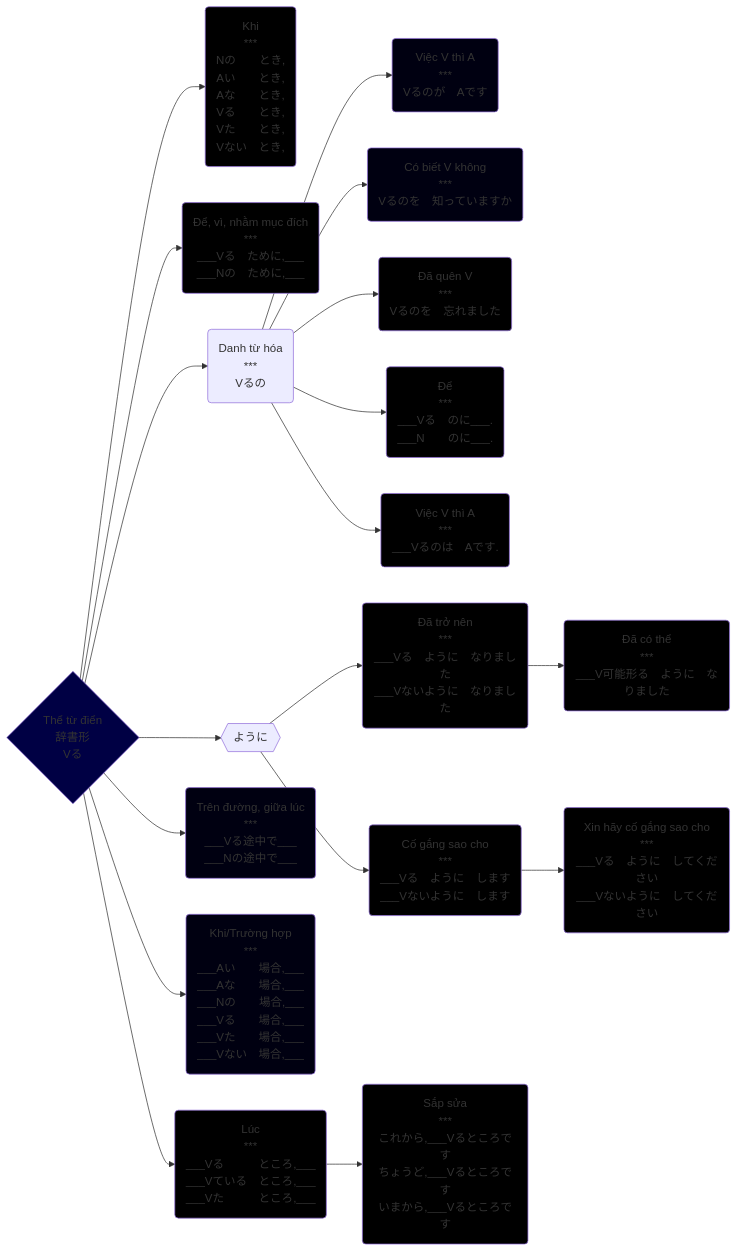
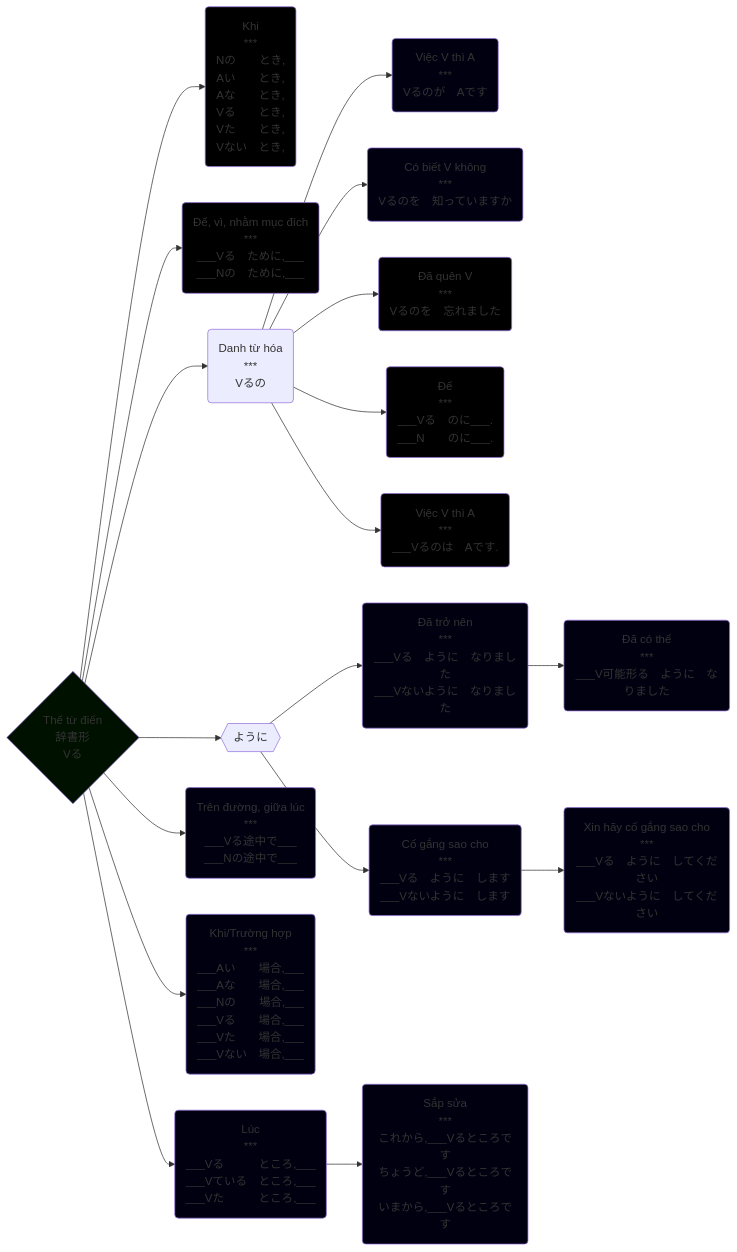
Before and after one commit to tea1504/learn: the diagram in The/辞書形.md, drawn with Mermaid. The commit also changed 10 other files, not shown here.

````diff
--- a/The/辞書形.md
+++ b/The/辞書形.md
@@ -2,39 +2,39 @@
 ```mermaid
 graph LR;
     V{Thể từ điển\n辞書形\nVる}
 
     V-->khi(Khi\n***\nNの　　とき,\nAい　　とき,\nAな　　とき,\nVる　　とき,\nVた　　とき,\nVない　とき,)
     V-->nhamMucDich(Để, vì, nhằm mục đích\n***\n___Vる　ために,___\n___Nの　ために,___)
     V-->danhTuHoa(Danh từ hóa\n***\nVるの)
     danhTuHoa-->viecVthiAGa(Việc V thì A\n***\nVるのが　Aです)
     danhTuHoa-->coBietVKhong(Có biết V không\n***\nVるのを　知っていますか)
     danhTuHoa-->daQuenV(Đã quên V\n***\nVるのを　忘れました)
     danhTuHoa-->de(Để\n***\n___Vる　のに___.\n___N　　のに___.)
     danhTuHoa-->viecVThiAHa(Việc V thì A\n***\n___Vるのは　Aです.)
     V-->youni{{ように}}
     youni-->daTroNen(Đã trở nên\n***\n___Vる　ように　なりました\n___Vないように　なりました)
     daTroNen-->daCoThe(Đã có thể\n***\n___V可能形る　ように　なりました)
     V-->trenDuongGiuaLuc(Trên đường, giữa lúc\n***\n___Vる途中で___\n___Nの途中で___)
     youni-->coGangSaoCho(Cố gắng sao cho\n***\n___Vる　ように　します\n___Vないように　します)
     coGangSaoCho-->xinHayCoGangSaoCho(Xin hãy cố gắng sao cho\n***\n___Vる　ように　してください\n___Vないように　してください)
     V-->truongHop(Khi/Trường hợp\n***\n___Aい　　場合,___\n___Aな　　場合,___\n___Nの　　場合,___\n___Vる　　場合,___\n___Vた　　場合,___\n___Vない　場合,___)
     V-->luc(Lúc\n***\n___Vる　　　ところ,___\n___Vている　ところ,___\n___Vた　　　ところ,___)
     luc-->sapSua(Sắp sửa\n***\nこれから,___Vるところです\nちょうど,___Vるところです\nいまから,___Vるところです)
 
-    style V fill:#004
+    style V fill:#010
     style coBietVKhong fill:#001
-    style coGangSaoCho fill:#000
-    style daCoThe fill:#000
+    style coGangSaoCho fill:#001
+    style daCoThe fill:#001
     style daQuenV fill:#000
-    style daTroNen fill:#000
+    style daTroNen fill:#001
     style de fill:#000
     style khi fill:#000
-    style luc fill:#000
+    style luc fill:#001
     style nhamMucDich fill:#000
-    style sapSua fill:#000
+    style sapSua fill:#001
     style trenDuongGiuaLuc fill:#001
     style truongHop fill:#001
     style viecVthiAGa fill:#001
     style viecVThiAHa fill:#000
-    style xinHayCoGangSaoCho fill:#000
+    style xinHayCoGangSaoCho fill:#001
 ```
````
